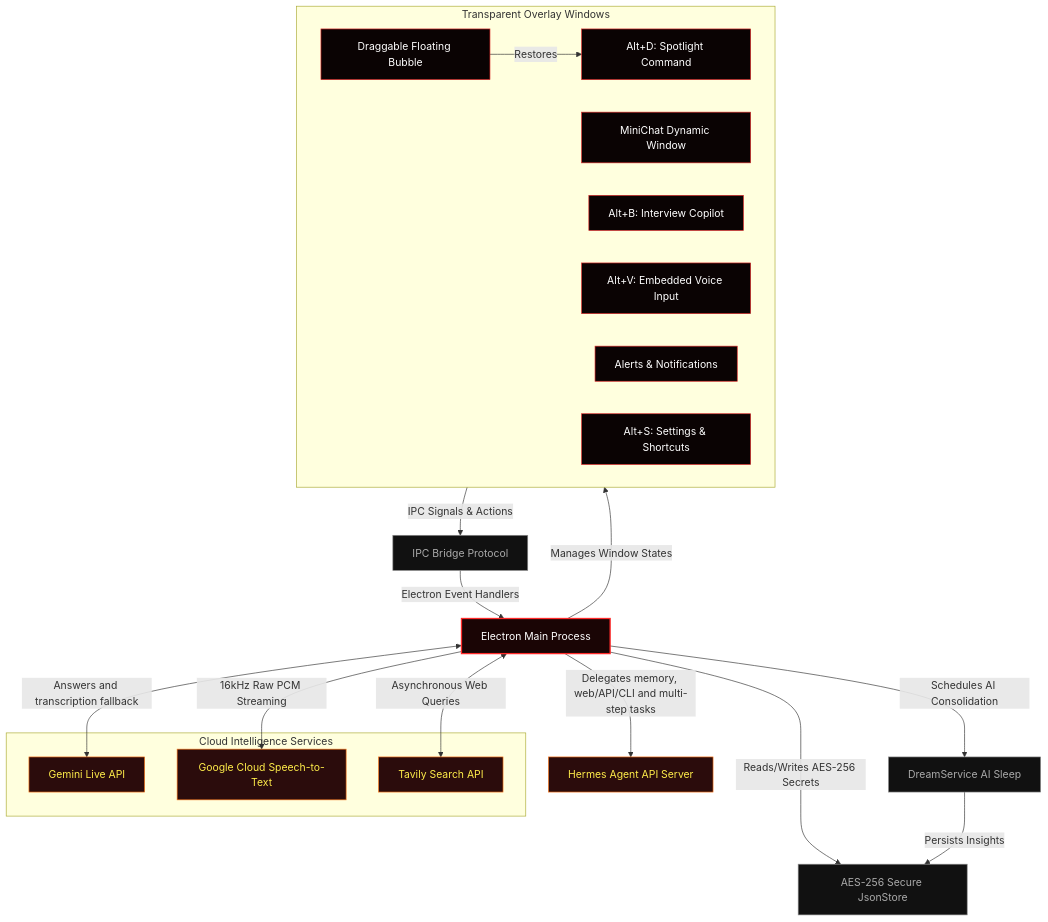
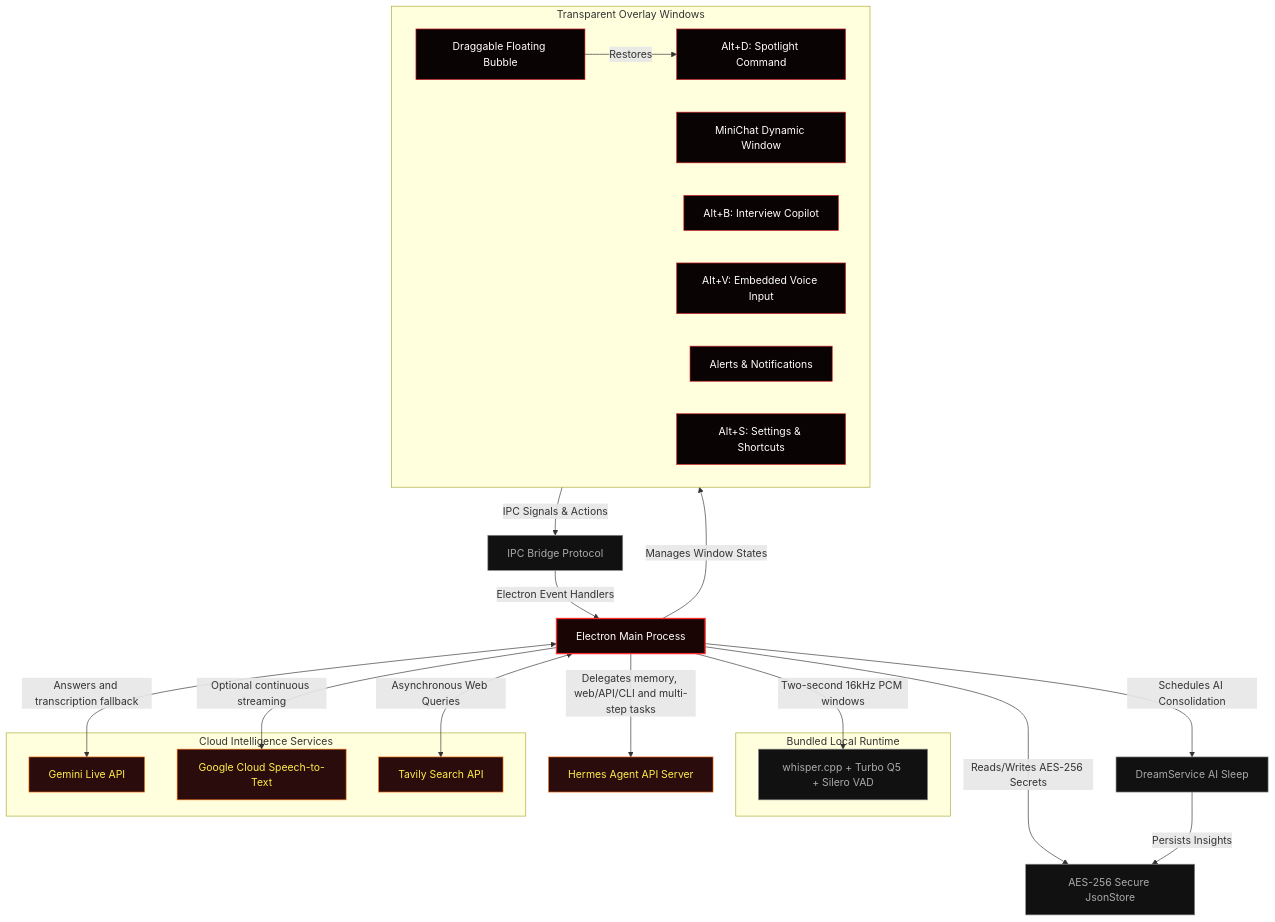
Before and after one commit to fbsis/hades-agent: the diagram in README.md, drawn with Mermaid. The commit also changed other lines of this file, not shown here.

Commit message:
docs(readme): document local transcription runtime

````diff
--- a/README.md
+++ b/README.md
@@ -189,43 +196,48 @@
 ```mermaid
 graph TD
     classDef main fill:#1a0505,stroke:#ff2a2a,stroke-width:2px,color:#fff;
     classDef float fill:#0a0303,stroke:#dc2626,stroke-width:1px,color:#fff;
     classDef service fill:#111,stroke:#888,stroke-width:1px,color:#aaa;
     classDef external fill:#2b0c0c,stroke:#f97316,stroke-width:1px,color:#ffed4a;
 
     Main[Electron Main Process]:::main
     
     subgraph UI_Layers [Transparent Overlay Windows]
         CommandBar[Alt+D: Spotlight Command]:::float
         MiniChat[MiniChat Dynamic Window]:::float
         Susurro[Alt+B: Interview Copilot]:::float
         Voice[Alt+V: Embedded Voice Input]:::float
         Bubble[Draggable Floating Bubble]:::float
         Notification[Alerts & Notifications]:::float
         Settings[Alt+S: Settings & Shortcuts]:::float
     end
     
     SSoT[IPC Bridge Protocol]:::service
     Store[AES-256 Secure JsonStore]:::service
     Dream[DreamService AI Sleep]:::service
     Hermes[Hermes Agent API Server]:::external
     
+    subgraph Local_AI [Bundled Local Runtime]
+        Whisper[whisper.cpp + Turbo Q5 + Silero VAD]:::service
+    end
+
     subgraph Cloud_APIs [Cloud Intelligence Services]
         Gemini[Gemini Live API]:::external
         Speech[Google Cloud Speech-to-Text]:::external
         Tavily[Tavily Search API]:::external
     end
 
     Main -->|Manages Window States| UI_Layers
     Bubble -->|Restores| CommandBar
     UI_Layers -->|IPC Signals & Actions| SSoT
     SSoT -->|Electron Event Handlers| Main
     Main -->|Reads/Writes AES-256 Secrets| Store
     Main -->|Schedules AI Consolidation| Dream
     Dream -->|Persists Insights| Store
     Main -->|Delegates memory, web/API/CLI and multi-step tasks| Hermes
     
-    Main -->|16kHz Raw PCM Streaming| Speech
+    Main -->|Two-second 16kHz PCM windows| Whisper
+    Main -->|Optional continuous streaming| Speech
     Main <-->|Answers and transcription fallback| Gemini
     Main <-->|Asynchronous Web Queries| Tavily
 ```
````
